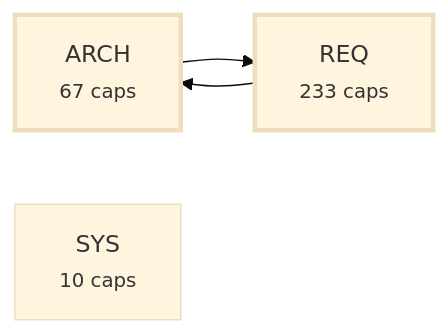
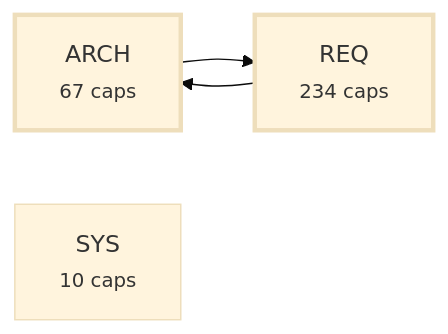
Before and after one commit to alxmax/Requirement-manager: the third of 4 diagrams in plugin/requirements/_map.md, drawn with Mermaid (base theme). The commit also changed other lines of this file and 14 other files, not shown here.

````diff
--- a/plugin/requirements/_map.md
+++ b/plugin/requirements/_map.md
@@ -1075,10 +1076,10 @@
 ```mermaid
 graph LR
   a_ARCH["ARCH<br><small>67 caps</small>"]
-  a_REQ["REQ<br><small>233 caps</small>"]
+  a_REQ["REQ<br><small>234 caps</small>"]
   a_SYS["SYS<br><small>10 caps</small>"]
   a_ARCH --> a_REQ
   a_REQ --> a_ARCH
   style a_ARCH stroke-width:3px
   style a_REQ stroke-width:3px
 ```
````
